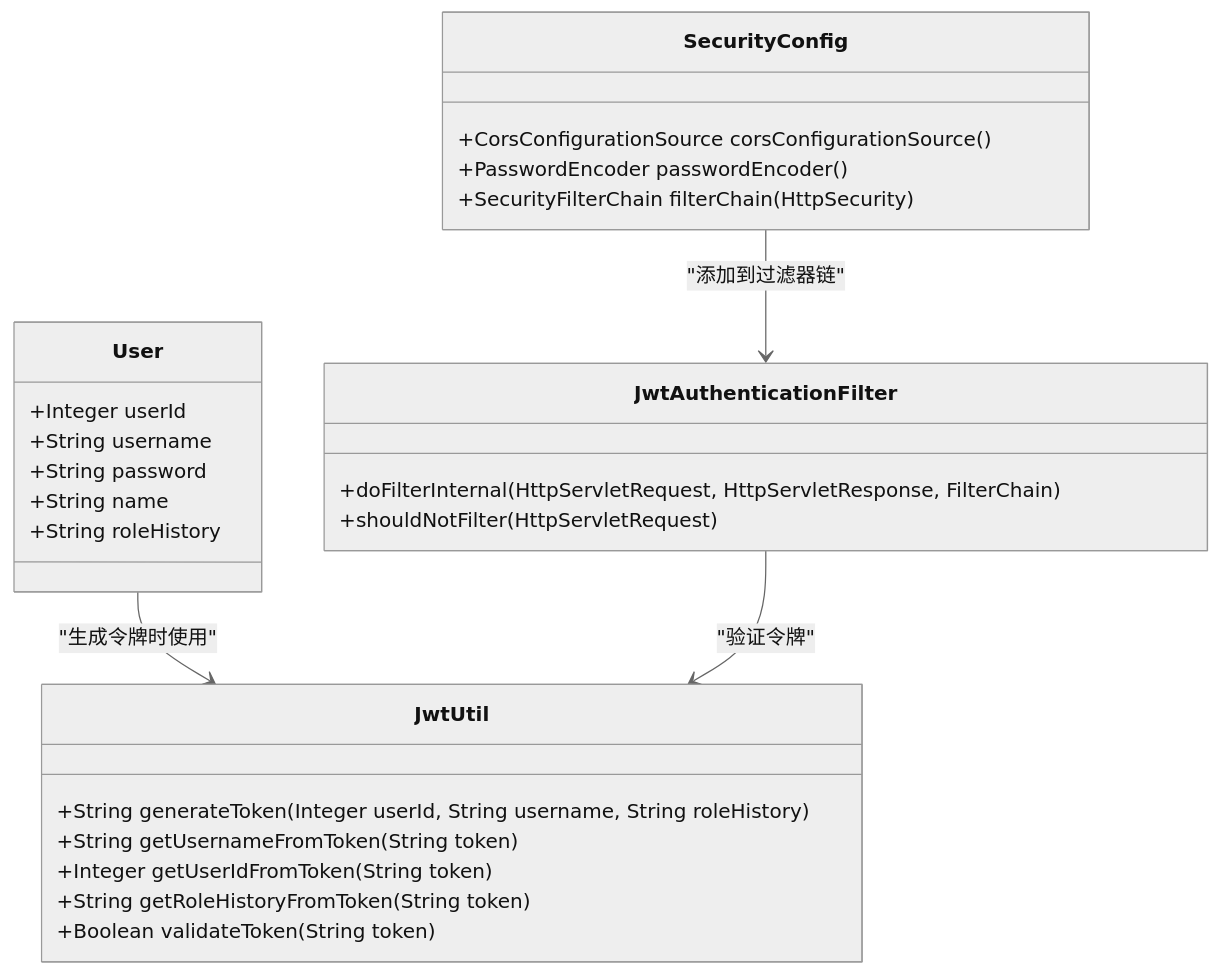
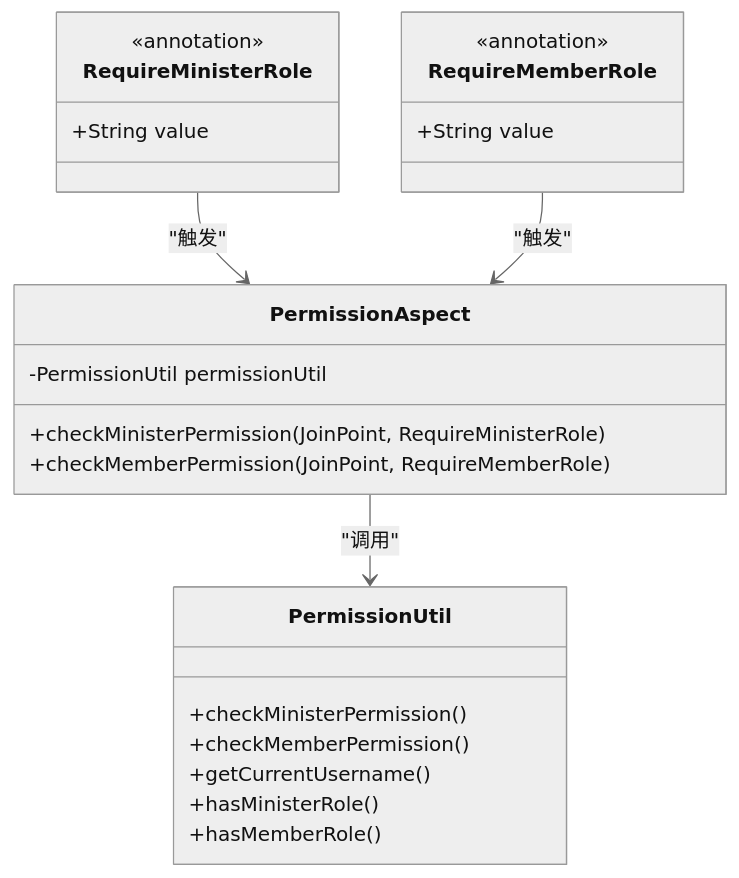
Before and after one commit to Redmoon-2333/HumanResourceOfficial: the fifth of 12 diagrams in .qoder/repowiki/zh/content/项目概述.md, drawn with Mermaid (neutral theme). The commit also changed other lines of this file and 60 other files, not shown here.

````diff
--- a/.qoder/repowiki/zh/content/项目概述.md
+++ b/.qoder/repowiki/zh/content/项目概述.md
@@ -176,29 +221,26 @@
 ```mermaid
 classDiagram
-class User {
-+Integer userId
-+String username
-+String password
-+String name
-+String roleHistory
+class RequireMinisterRole {
+<<annotation>>
++String value
 }
-class JwtUtil {
-+String generateToken(Integer userId, String username, String roleHistory)
-+String getUsernameFromToken(String token)
-+Integer getUserIdFromToken(String token)
-+String getRoleHistoryFromToken(String token)
-+Boolean validateToken(String token)
+class RequireMemberRole {
+<<annotation>>
++String value
 }
-class JwtAuthenticationFilter {
-+doFilterInternal(HttpServletRequest, HttpServletResponse, FilterChain)
-+shouldNotFilter(HttpServletRequest)
+class PermissionAspect {
+-PermissionUtil permissionUtil
++checkMinisterPermission(JoinPoint, RequireMinisterRole)
++checkMemberPermission(JoinPoint, RequireMemberRole)
 }
-class SecurityConfig {
-+CorsConfigurationSource corsConfigurationSource()
-+PasswordEncoder passwordEncoder()
-+SecurityFilterChain filterChain(HttpSecurity)
+class PermissionUtil {
++checkMinisterPermission()
++checkMemberPermission()
++getCurrentUsername()
++hasMinisterRole()
++hasMemberRole()
 }
-User --> JwtUtil : "生成令牌时使用"
-JwtAuthenticationFilter --> JwtUtil : "验证令牌"
-SecurityConfig --> JwtAuthenticationFilter : "添加到过滤器链"
+RequireMinisterRole --> PermissionAspect : "触发"
+RequireMemberRole --> PermissionAspect : "触发"
+PermissionAspect --> PermissionUtil : "调用"
 ```
````
